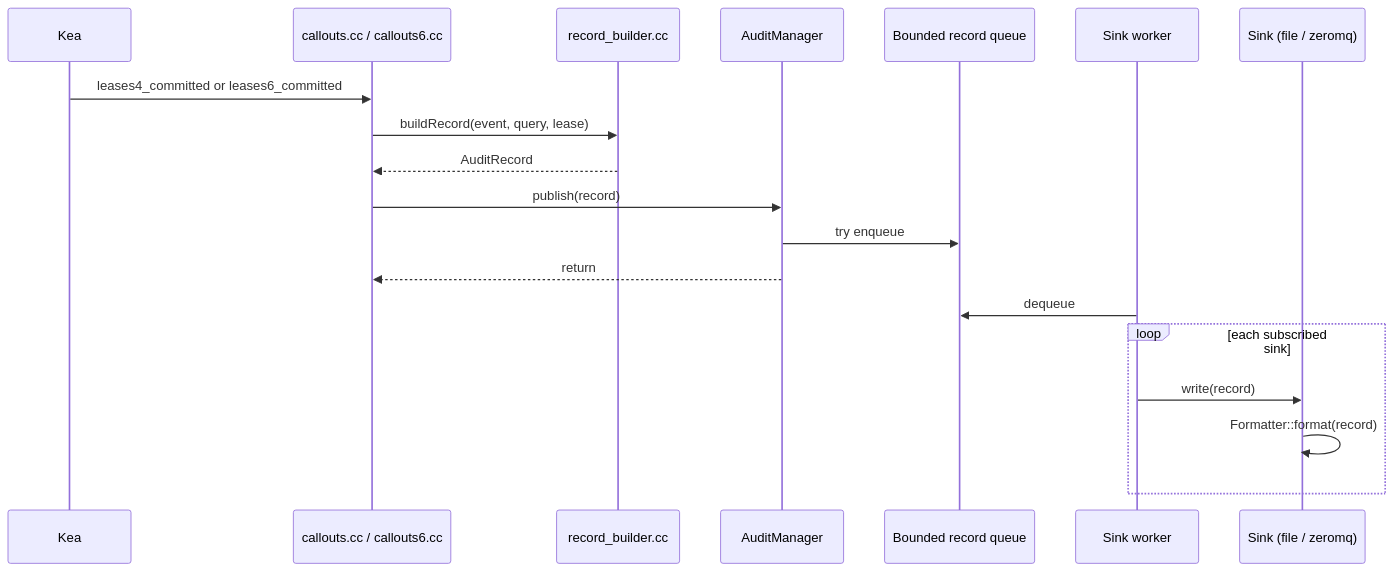
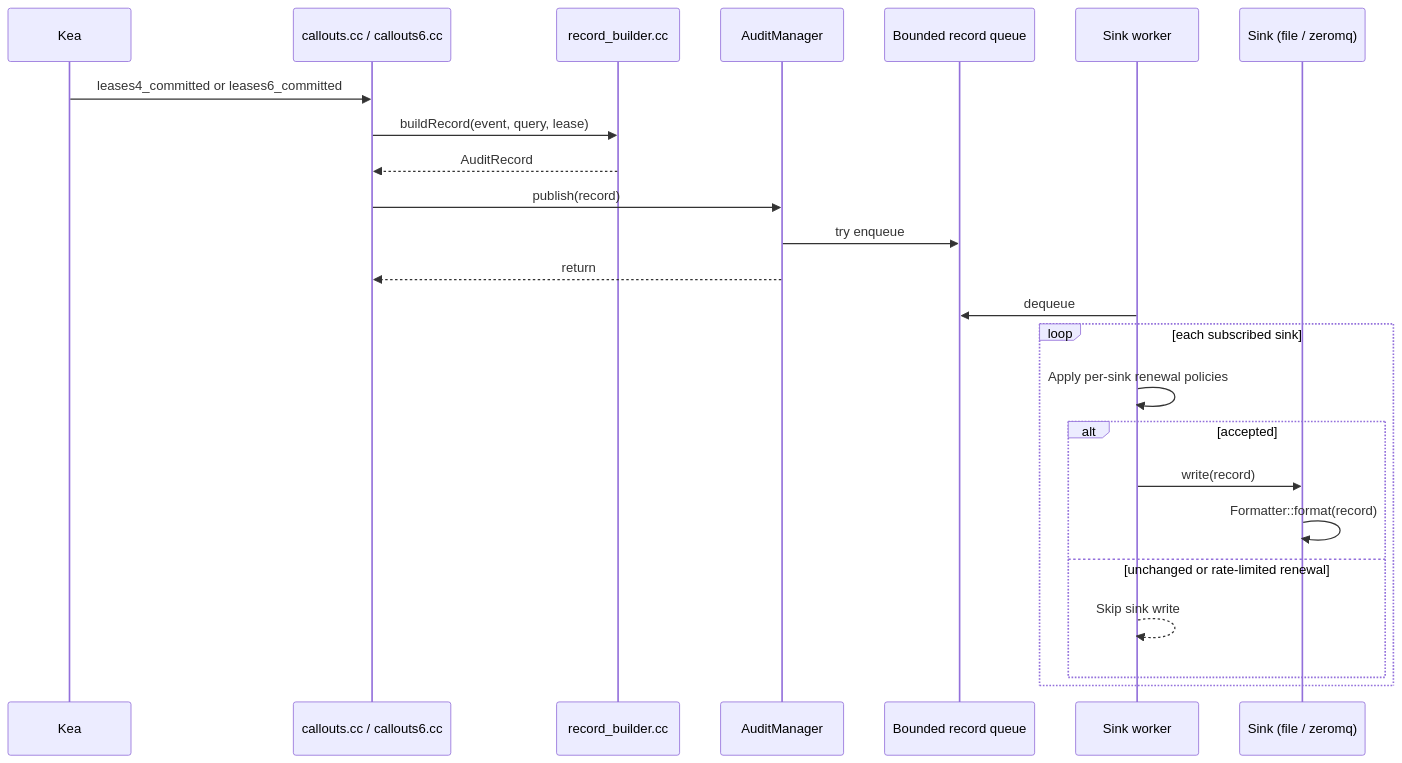
One commit to solvationab/KeaLogHook changed the first of 2 diagrams in docs/architecture.md. Above: the diagram before and after it, drawn with Mermaid. The commit also changed other lines of this file and 2 other files, not shown here.

Commit message:
Add optional per-sink renewal controls and update documentation

````diff
--- a/docs/architecture.md
+++ b/docs/architecture.md
@@ -9,22 +9,27 @@
 ```mermaid
 sequenceDiagram
     participant Kea
     participant Callout as callouts.cc / callouts6.cc
     participant Builder as record_builder.cc
     participant Mgr as AuditManager
     participant Queue as Bounded record queue
     participant Worker as Sink worker
     participant Sink as Sink (file / zeromq)
 
   Kea->>Callout: leases4_committed or leases6_committed
     Callout->>Builder: buildRecord(event, query, lease)
     Builder-->>Callout: AuditRecord
     Callout->>Mgr: publish(record)
     Mgr->>Queue: try enqueue
     Mgr-->>Callout: return
     Worker->>Queue: dequeue
     loop each subscribed sink
+      Worker->>Worker: Apply per-sink renewal policies
+      alt accepted
       Worker->>Sink: write(record)
         Sink->>Sink: Formatter::format(record)
+      else unchanged or rate-limited renewal
+        Worker-->>Worker: Skip sink write
+      end
     end
 ```
````
